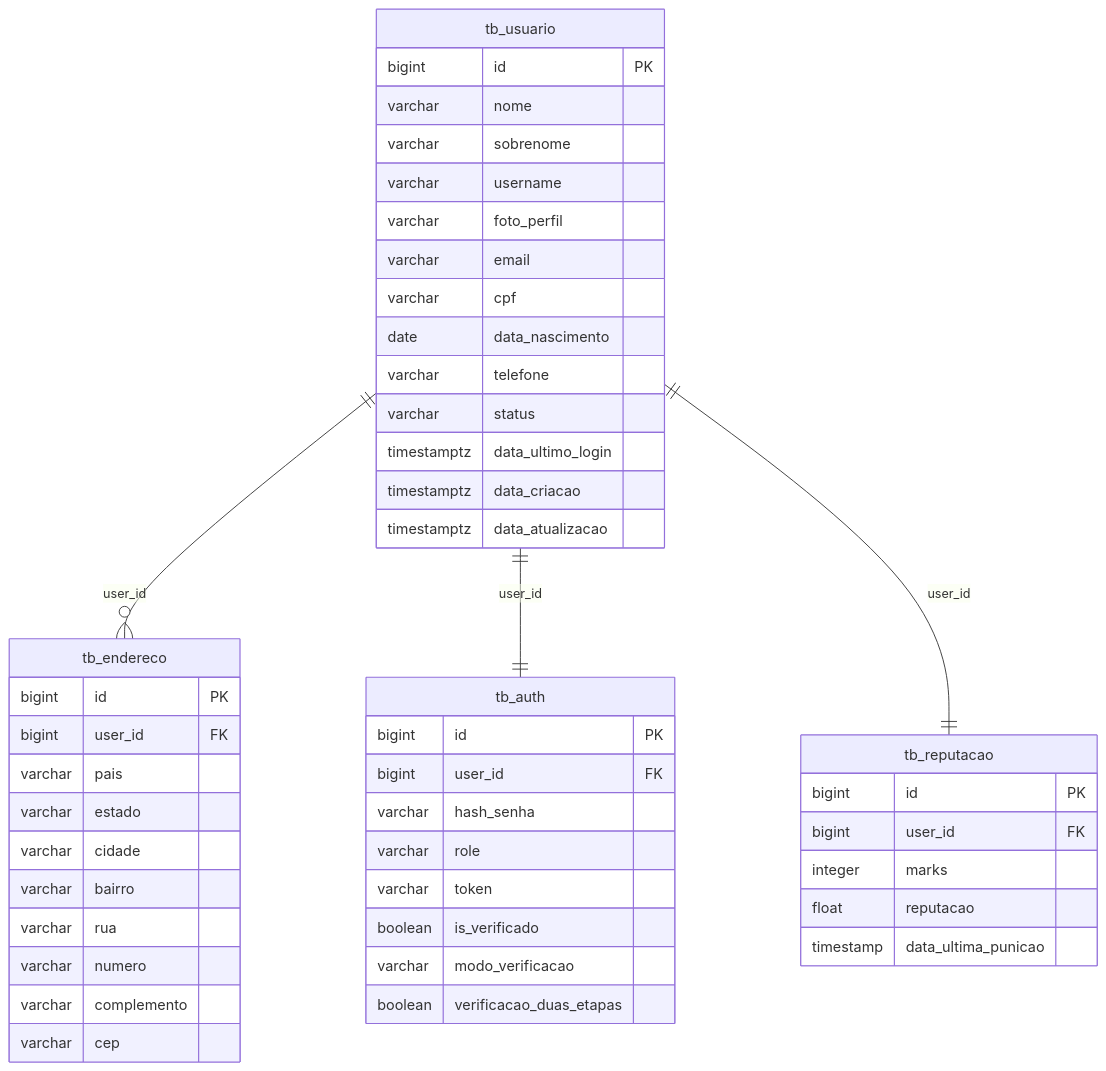
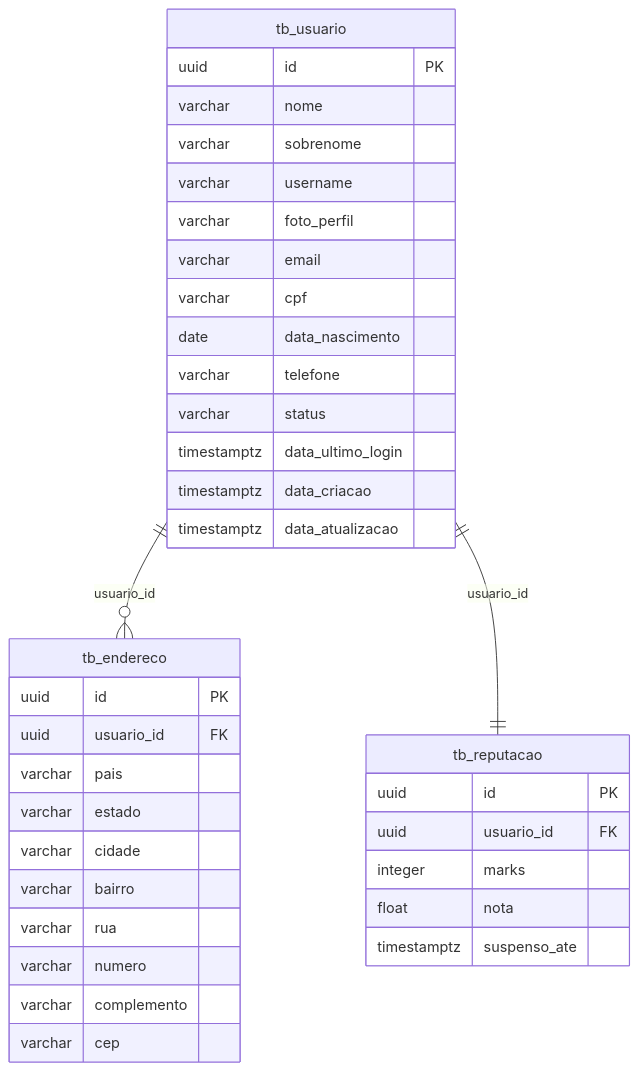
The diagram in README.md (pb-softwares-escalaveis/user-service), drawn with Mermaid before and after one commit. The commit also changed other lines of this file, not shown here.

````diff
--- a/README.md
+++ b/README.md
@@ -35,54 +251,42 @@
 ```mermaid
 erDiagram
-    tb_usuario ||--o{ tb_endereco : "user_id"
-    tb_usuario ||--|| tb_auth : "user_id"
-    tb_usuario ||--|| tb_reputacao : "user_id"
+    tb_usuario ||--o{ tb_endereco : "usuario_id"
+    tb_usuario ||--|| tb_reputacao : "usuario_id"
 
     tb_usuario {
-        bigint id PK
+        uuid id PK
         varchar nome
         varchar sobrenome
         varchar username
         varchar foto_perfil
         varchar email
         varchar cpf
         date data_nascimento
         varchar telefone
         varchar status
         timestamptz data_ultimo_login
         timestamptz data_criacao
         timestamptz data_atualizacao
     }
 
     tb_endereco {
-        bigint id PK
-        bigint user_id FK
+        uuid id PK
+        uuid usuario_id FK
         varchar pais
         varchar estado
         varchar cidade
         varchar bairro
         varchar rua
         varchar numero
         varchar complemento
         varchar cep
     }
 
-    tb_auth {
-        bigint id PK
-        bigint user_id FK
-        varchar hash_senha
-        varchar role
-        varchar token
-        boolean is_verificado
-        varchar modo_verificacao
-        boolean verificacao_duas_etapas
-    }
-
     tb_reputacao {
-        bigint id PK
-        bigint user_id FK
+        uuid id PK
+        uuid usuario_id FK
         integer marks
-        float reputacao
-        timestamp data_ultima_punicao
+        float nota
+        timestamptz suspenso_ate
     }
 ```
````
